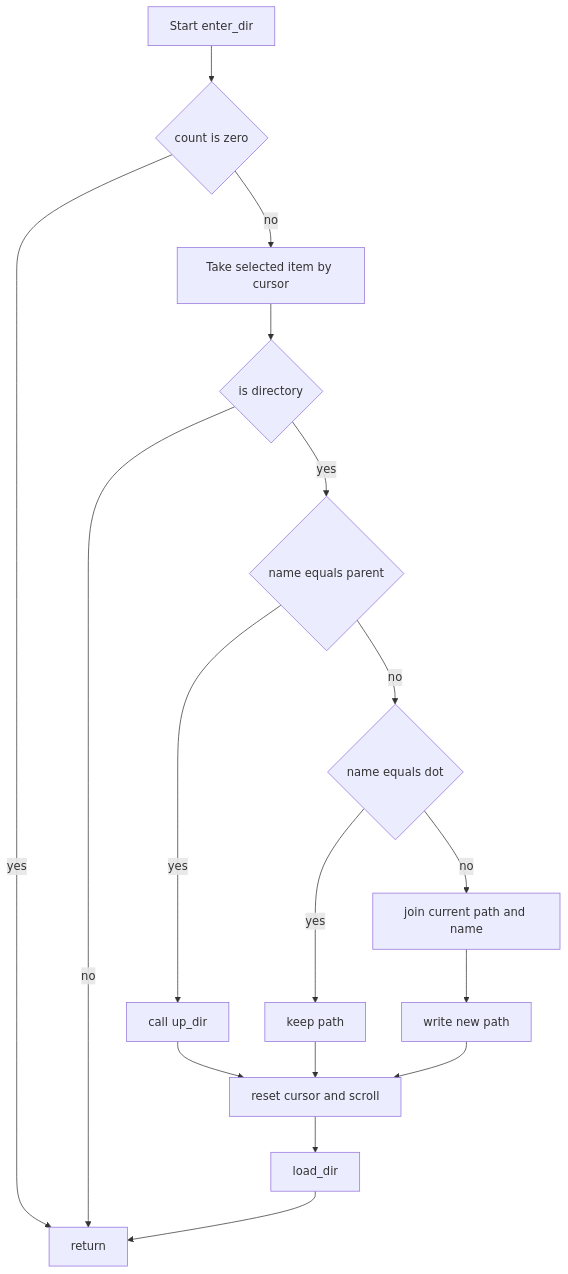
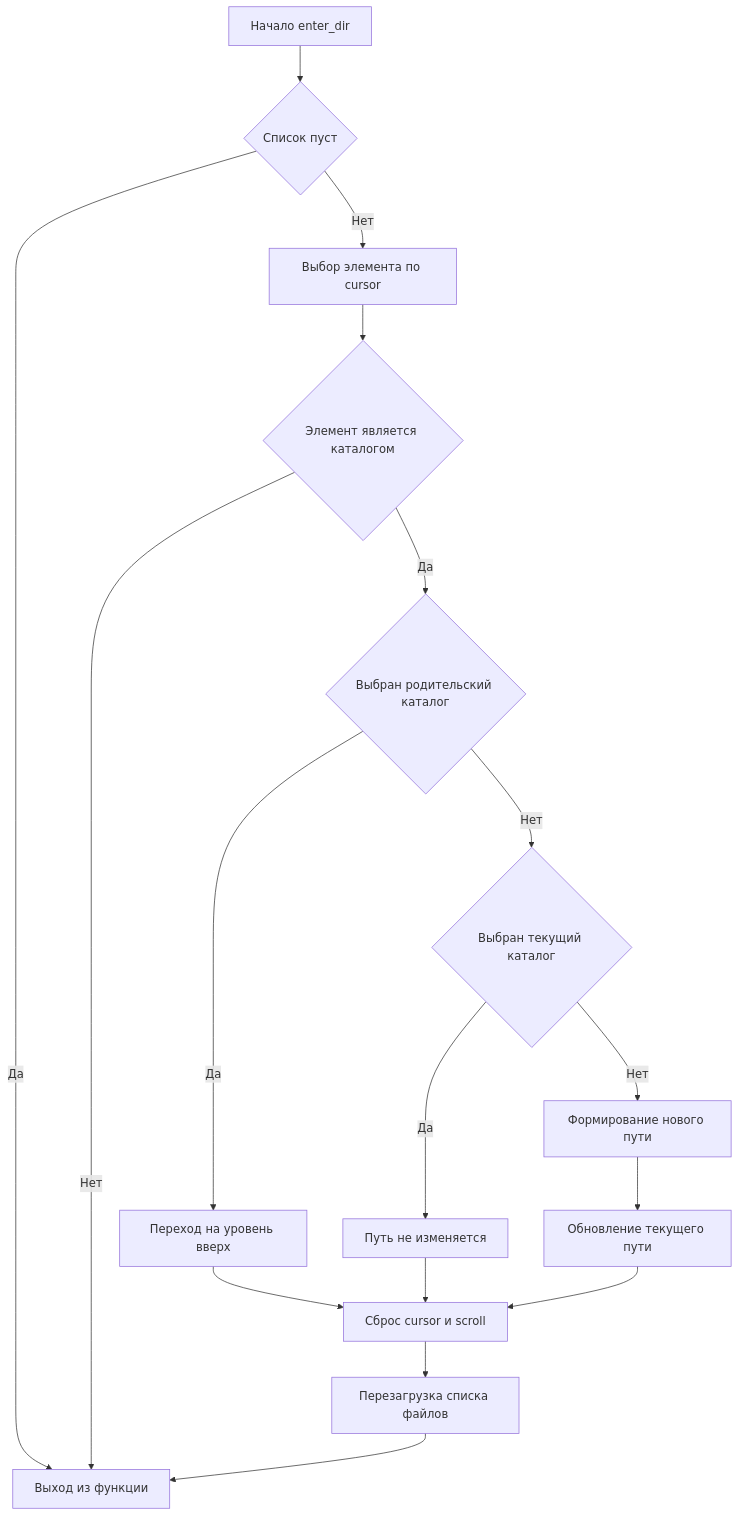
The first of 4 diagrams in README.md (tecris-unk/commander), drawn with Mermaid before and after one commit. The commit also changed other lines of this file, not shown here.

````diff
--- a/README.md
+++ b/README.md
@@ -1,19 +1,19 @@
 ```mermaid
 flowchart TD
-    A[Start enter_dir] --> B{count is zero}
-    B -->|yes| Z[return]
-    B -->|no| C[Take selected item by cursor]
-    C --> D{is directory}
-    D -->|no| Z
-    D -->|yes| E{name equals parent}
-    E -->|yes| F[call up_dir]
-    E -->|no| G{name equals dot}
-    G -->|yes| H[keep path]
-    G -->|no| I[join current path and name]
-    I --> J[write new path]
-    H --> K[reset cursor and scroll]
+    A[Начало enter_dir] --> B{Список пуст}
+    B -->|Да| Z[Выход из функции]
+    B -->|Нет| C[Выбор элемента по cursor]
+    C --> D{Элемент является каталогом}
+    D -->|Нет| Z
+    D -->|Да| E{Выбран родительский каталог}
+    E -->|Да| F[Переход на уровень вверх]
+    E -->|Нет| G{Выбран текущий каталог}
+    G -->|Да| H[Путь не изменяется]
+    G -->|Нет| I[Формирование нового пути]
+    I --> J[Обновление текущего пути]
+    H --> K[Сброс cursor и scroll]
     F --> K
     J --> K
-    K --> L[load_dir]
+    K --> L[Перезагрузка списка файлов]
     L --> Z
 ```
````
